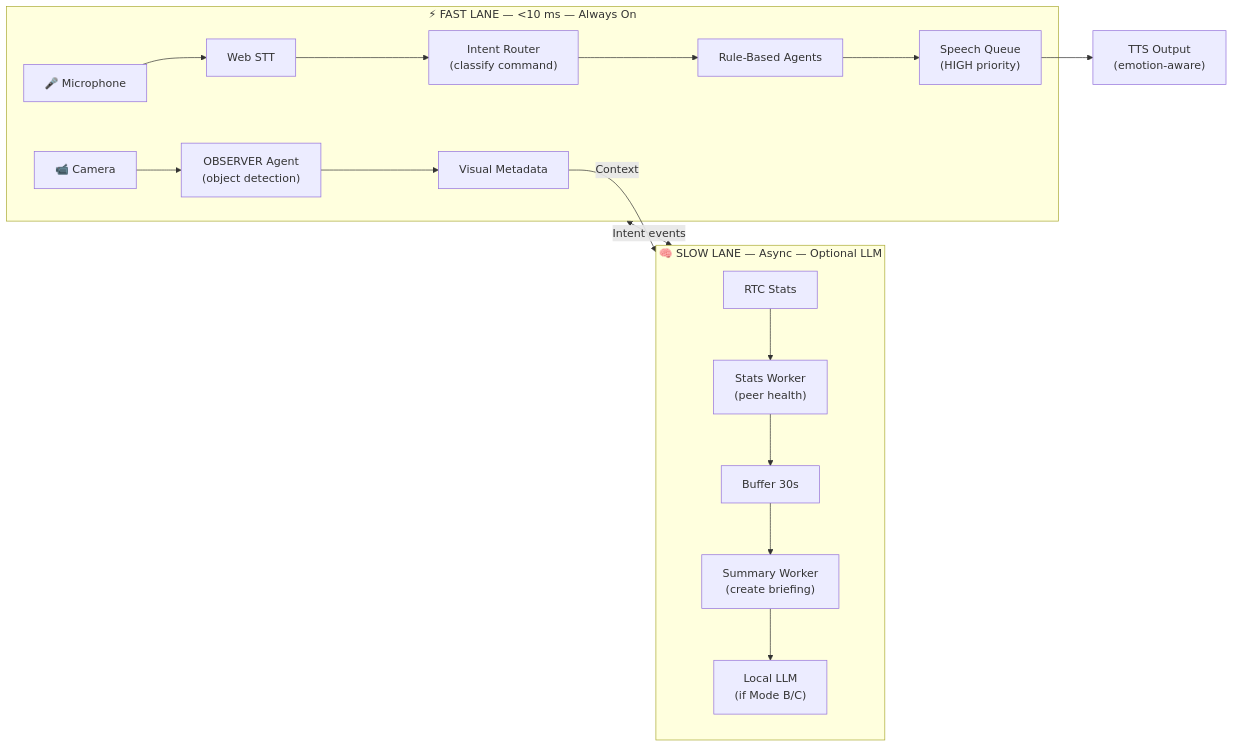
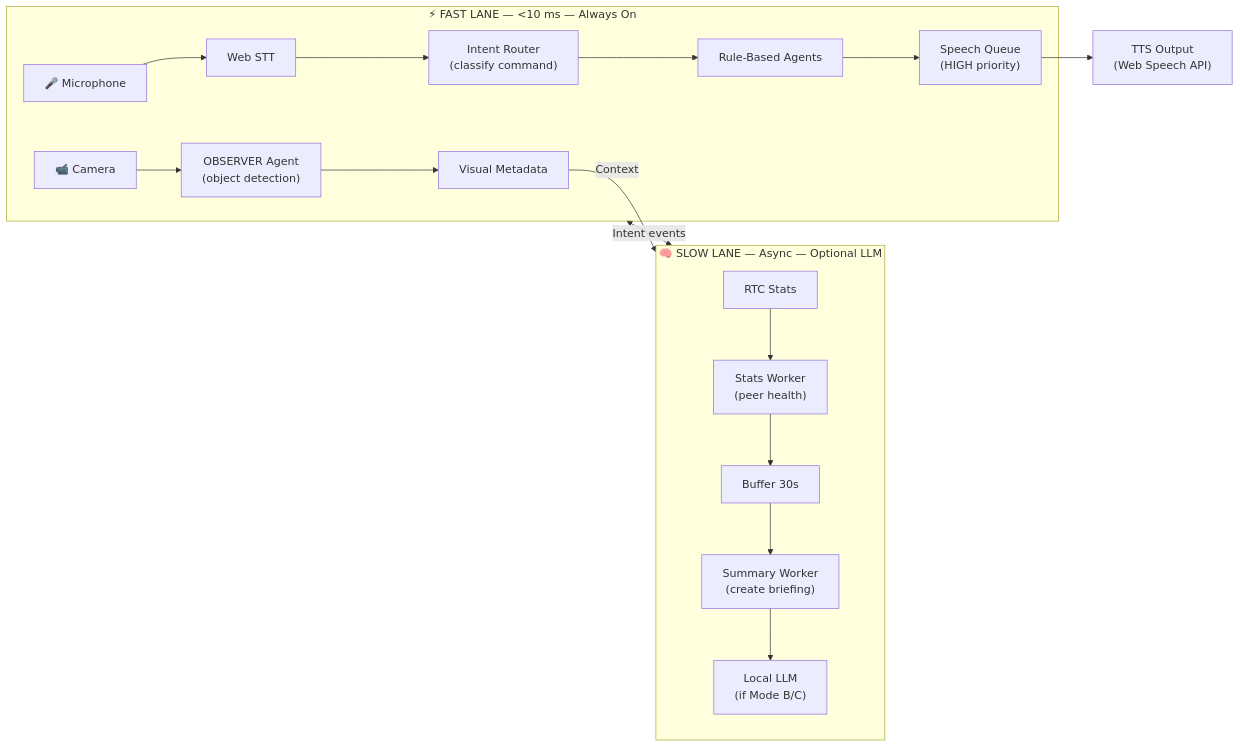
One commit to 4citeB4U/LeeWay-Edge-RTC changed the second of 4 diagrams in README.md. Above: the diagram before and after it, drawn with Mermaid. The commit also changed other lines of this file, not shown here.

Commit message:
fix: Remove non-existent TTS env vars, update docs to reflect actual Web Speech API implementation

````diff
--- a/README.md
+++ b/README.md
@@ -79,15 +79,15 @@
 ```mermaid
 flowchart LR
   subgraph FAST["⚡ FAST LANE — <10 ms — Always On"]
     MIC["🎤 Microphone"] --> STT["Web STT"] --> IR["Intent Router\n(classify command)"] --> RULE["Rule-Based Agents"] --> QUEUE["Speech Queue\n(HIGH priority)"]
     CAM["📹 Camera"] --> OBS["OBSERVER Agent\n(object detection)"] --> META["Visual Metadata"]
   end
 
   subgraph SLOW["🧠 SLOW LANE — Async — Optional LLM"]
     STATS["RTC Stats"] --> SCORE["Stats Worker\n(peer health)"] --> BUF["Buffer 30s"] --> BRIEF["Summary Worker\n(create briefing)"] --> LLM["Local LLM\n(if Mode B/C)"]
   end
 
   FAST <-->|"Intent events"| SLOW
   META -->|"Context"| SLOW
-  QUEUE --> TTS["TTS Output\n(emotion-aware)"]
+  QUEUE --> TTS["TTS Output\n(Web Speech API)"]
 ```
````
